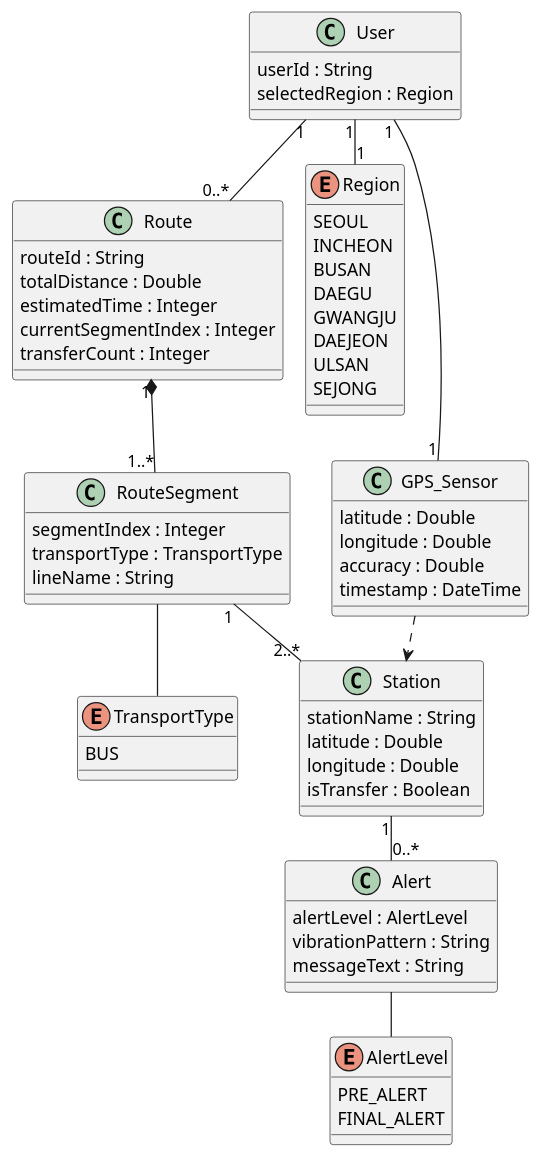
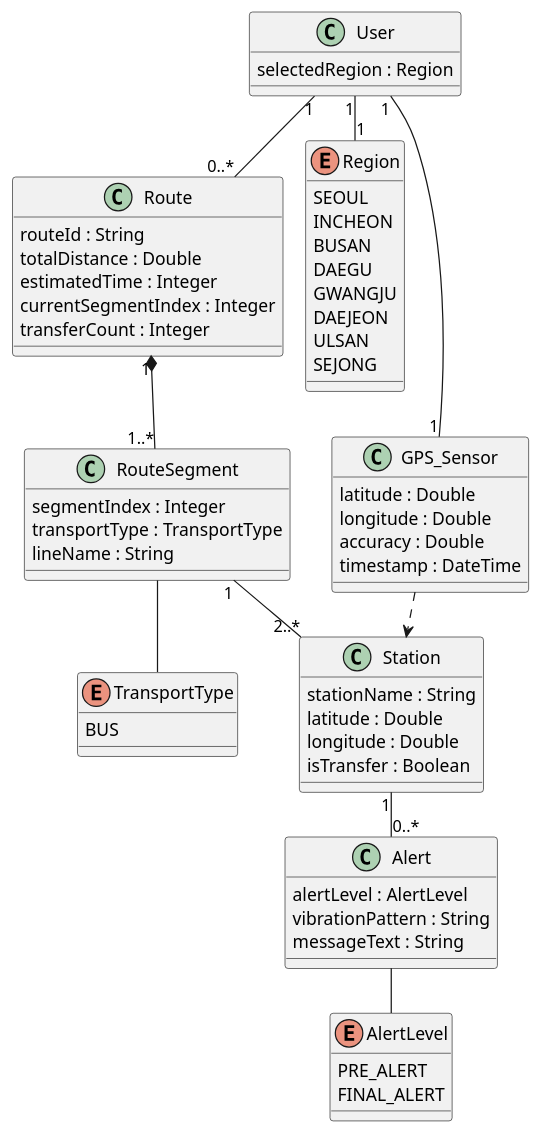
The diagram in diagrams/domain_class_diagram.puml (moonchanju/adigasu), drawn with PlantUML before and after one commit. The commit also changed 6 other files, not shown here.

```diff
--- a/diagrams/domain_class_diagram.puml
+++ b/diagrams/domain_class_diagram.puml
@@ -1,65 +1,64 @@
 @startuml
 !pragma layout smetana
 skinparam defaultFontName "Apple SD Gothic Neo"
 
 class User {
-  userId : String
   selectedRegion : Region
 }
 class Route {
   routeId : String
   totalDistance : Double
   estimatedTime : Integer
   currentSegmentIndex : Integer
   transferCount : Integer
 }
 enum Region {
   SEOUL
   INCHEON
   BUSAN
   DAEGU
   GWANGJU
   DAEJEON
   ULSAN
   SEJONG
 }
 class GPS_Sensor {
   latitude : Double
   longitude : Double
   accuracy : Double
   timestamp : DateTime
 }
 class RouteSegment {
   segmentIndex : Integer
   transportType : TransportType
   lineName : String
 }
 class Station {
   stationName : String
   latitude : Double
   longitude : Double
   isTransfer : Boolean
 }
 enum TransportType {
   BUS
 }
 class Alert {
   alertLevel : AlertLevel
   vibrationPattern : String
   messageText : String
 }
 enum AlertLevel {
   PRE_ALERT
   FINAL_ALERT
 }
 
 User "1" -- "0..*" Route
 User "1" -- "1" Region
 User "1" -- "1" GPS_Sensor
 Route "1" *-- "1..*" RouteSegment
 RouteSegment "1" -- "2..*" Station
 RouteSegment -- TransportType
 GPS_Sensor ..> Station
 Station "1" -- "0..*" Alert
 Alert -- AlertLevel
 @enduml
```
